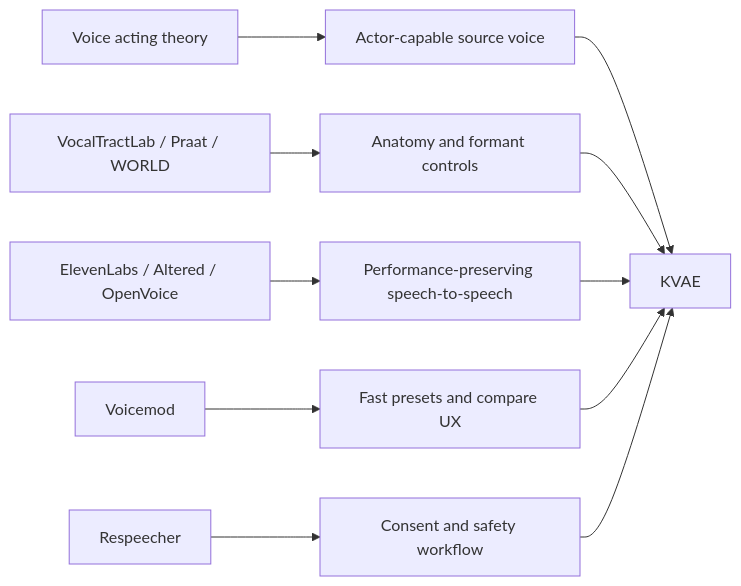
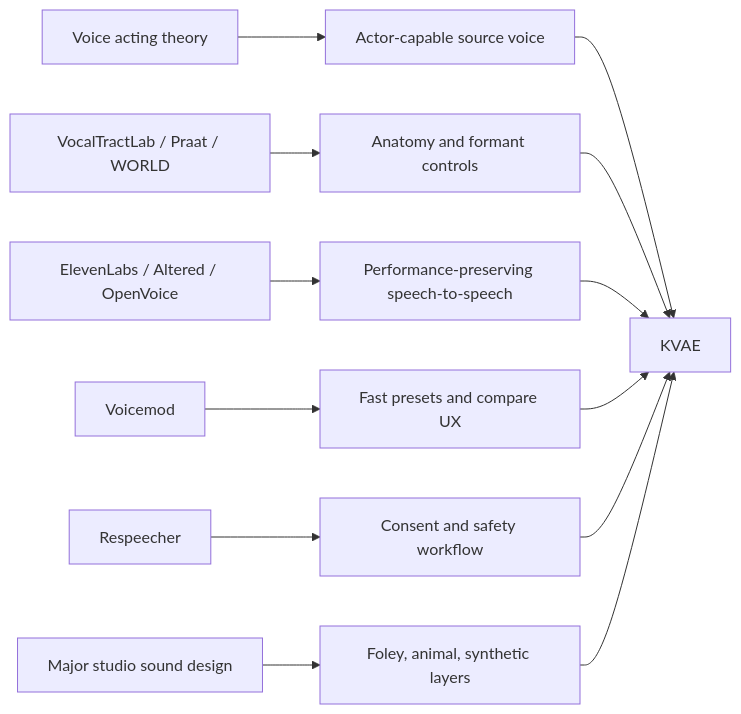
One commit to sinmb79/korean-voice-acting-engine changed the diagram in docs/PRO_VOICE_BENCHMARK_IMPLEMENTATION.md. Above: the diagram before and after it, drawn with Mermaid. The commit also changed other lines of this file and 13 other files, not shown here.

Commit message:
Add creator sound design workflow

````diff
--- a/docs/PRO_VOICE_BENCHMARK_IMPLEMENTATION.md
+++ b/docs/PRO_VOICE_BENCHMARK_IMPLEMENTATION.md
@@ -7,13 +7,15 @@
 ```mermaid
 flowchart LR
   A["Voice acting theory"] --> B["Actor-capable source voice"]
   C["VocalTractLab / Praat / WORLD"] --> D["Anatomy and formant controls"]
   E["ElevenLabs / Altered / OpenVoice"] --> F["Performance-preserving speech-to-speech"]
   G["Voicemod"] --> H["Fast presets and compare UX"]
   I["Respeecher"] --> J["Consent and safety workflow"]
+  L["Major studio sound design"] --> M["Foley, animal, synthetic layers"]
   B --> K["KVAE"]
   D --> K
   F --> K
   H --> K
   J --> K
+  M --> K
 ```
````
